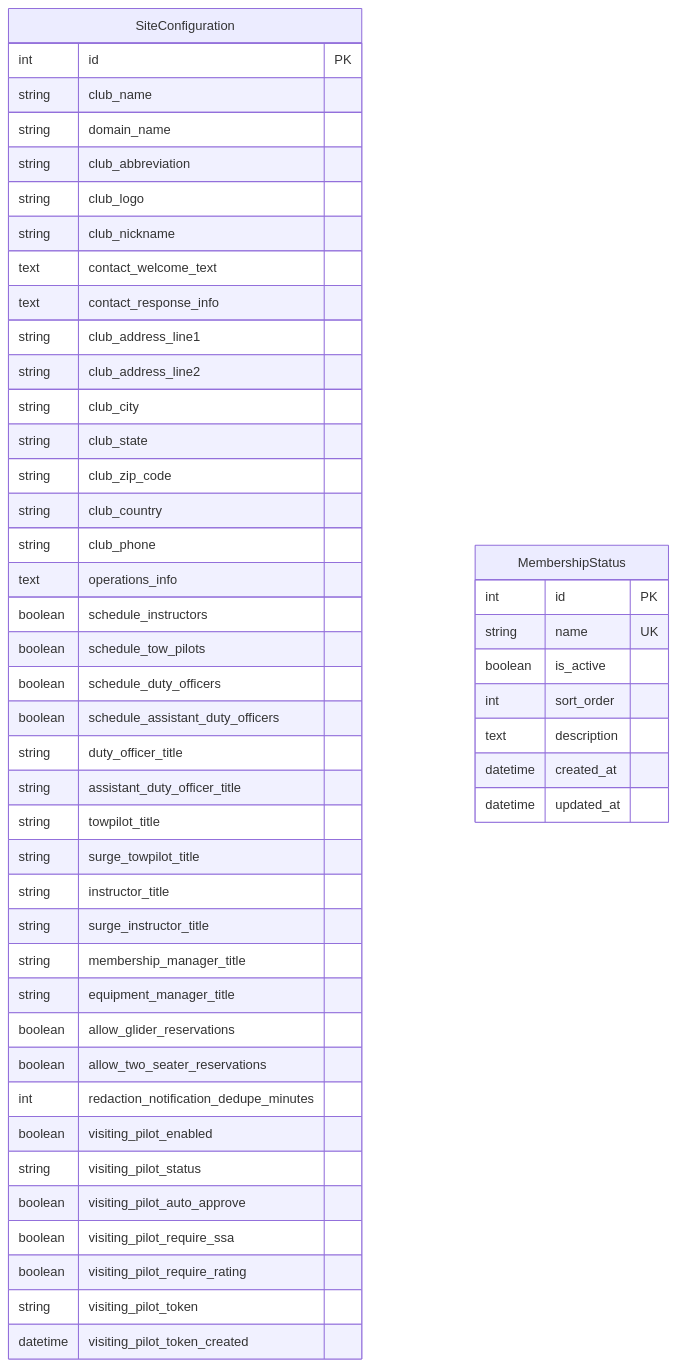
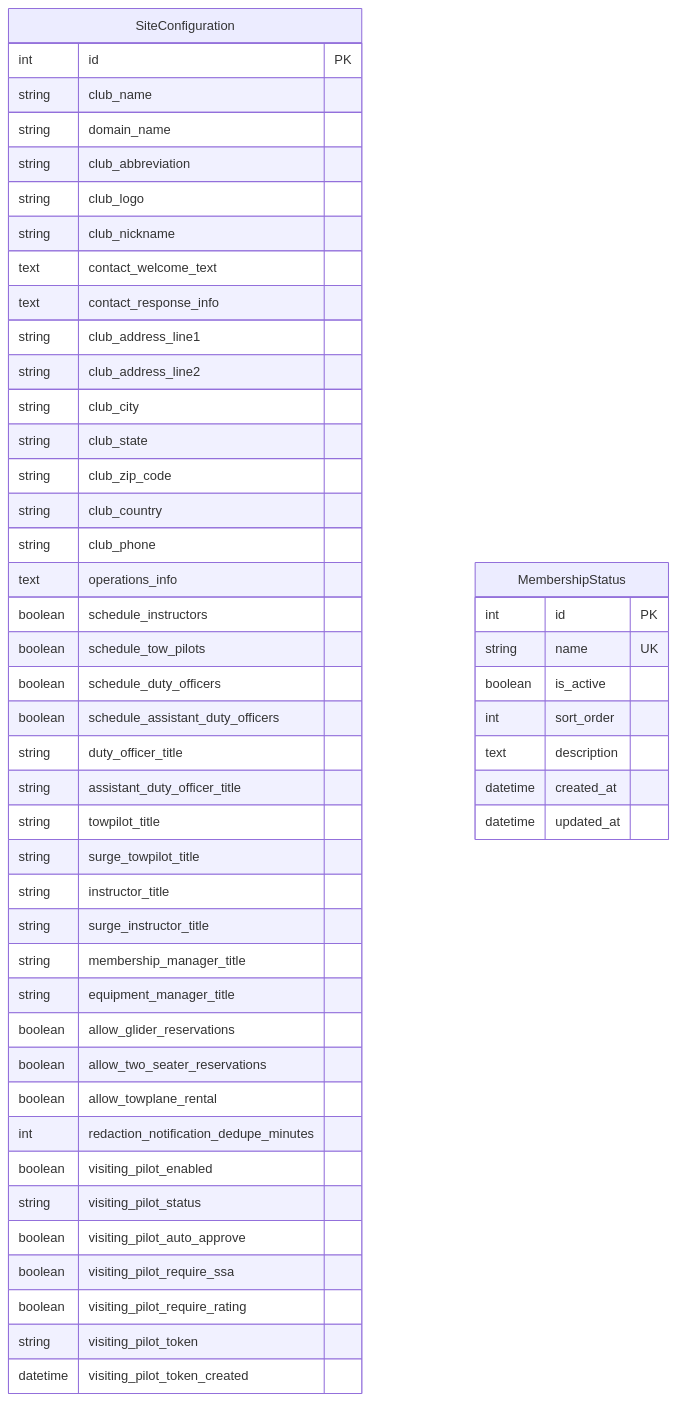
Before and after one commit to pietbarber/Manage2Soar: the diagram in siteconfig/docs/models.md, drawn with Mermaid. The commit also changed other lines of this file and 12 other files, not shown here.

First line of the commit message:
feat: Add towplane rental configuration setting

````diff
--- a/siteconfig/docs/models.md
+++ b/siteconfig/docs/models.md
@@ -9,53 +9,54 @@
 ```mermaid
 erDiagram
     SiteConfiguration {
         int id PK
         string club_name
         string domain_name
         string club_abbreviation
         string club_logo
         string club_nickname
         text contact_welcome_text
         text contact_response_info
         string club_address_line1
         string club_address_line2
         string club_city
         string club_state
         string club_zip_code
         string club_country
         string club_phone
         text operations_info
         boolean schedule_instructors
         boolean schedule_tow_pilots
         boolean schedule_duty_officers
         boolean schedule_assistant_duty_officers
         string duty_officer_title
         string assistant_duty_officer_title
         string towpilot_title
         string surge_towpilot_title
         string instructor_title
         string surge_instructor_title
         string membership_manager_title
         string equipment_manager_title
         boolean allow_glider_reservations
         boolean allow_two_seater_reservations
+        boolean allow_towplane_rental
         int redaction_notification_dedupe_minutes
         boolean visiting_pilot_enabled
         string visiting_pilot_status
         boolean visiting_pilot_auto_approve
         boolean visiting_pilot_require_ssa
         boolean visiting_pilot_require_rating
         string visiting_pilot_token
         datetime visiting_pilot_token_created
     }
 
     MembershipStatus {
         int id PK
         string name UK
         boolean is_active
         int sort_order
         text description
         datetime created_at
         datetime updated_at
     }
 ```
````
